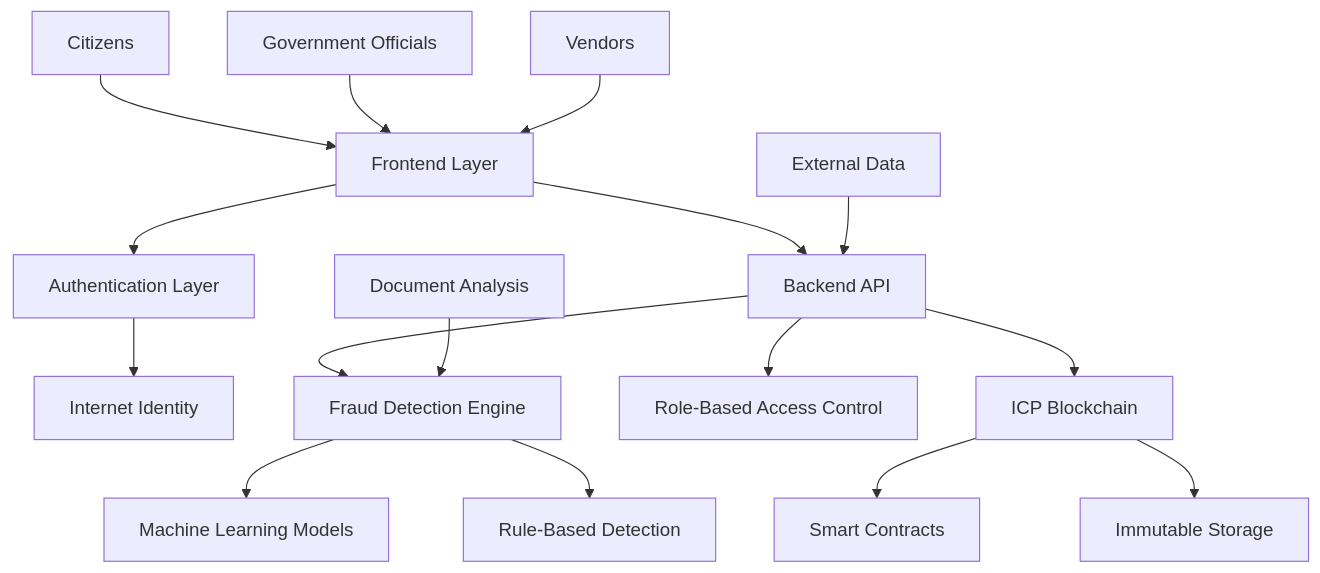
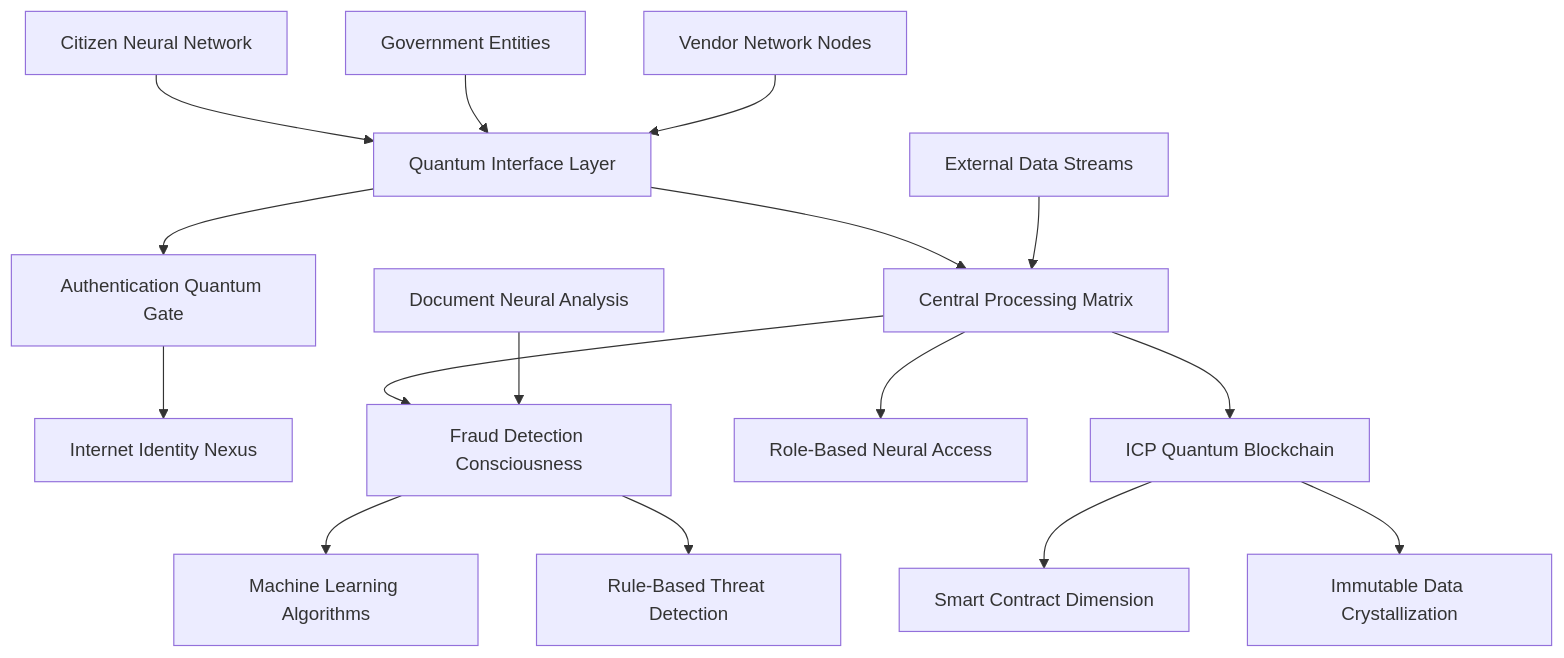
One commit to nikhlu07/H.E.L.I.X changed the diagram in README.md. Above: the diagram before and after it, drawn with Mermaid. The commit also changed other lines of this file, not shown here.

````diff
--- a/README.md
+++ b/README.md
@@ -77,23 +78,23 @@
 ```mermaid
 graph TB
-    A[Citizens] --> B[Frontend Layer]
-    C[Government Officials] --> B
-    D[Vendors] --> B
+    A[Citizen Neural Network] --> B[Quantum Interface Layer]
+    C[Government Entities] --> B
+    D[Vendor Network Nodes] --> B
     
-    B --> E[Authentication Layer]
-    E --> F[Internet Identity]
+    B --> E[Authentication Quantum Gate]
+    E --> F[Internet Identity Nexus]
     
-    B --> G[Backend API]
-    G --> H[Fraud Detection Engine]
-    G --> I[Role-Based Access Control]
+    B --> G[Central Processing Matrix]
+    G --> H[Fraud Detection Consciousness]
+    G --> I[Role-Based Neural Access]
     
-    H --> J[Machine Learning Models]
-    H --> K[Rule-Based Detection]
+    H --> J[Machine Learning Algorithms]
+    H --> K[Rule-Based Threat Detection]
     
-    G --> L[ICP Blockchain]
-    L --> M[Smart Contracts]
-    L --> N[Immutable Storage]
+    G --> L[ICP Quantum Blockchain]
+    L --> M[Smart Contract Dimension]
+    L --> N[Immutable Data Crystallization]
     
-    O[External Data] --> G
-    P[Document Analysis] --> H
+    O[External Data Streams] --> G
+    P[Document Neural Analysis] --> H
 ```
````
